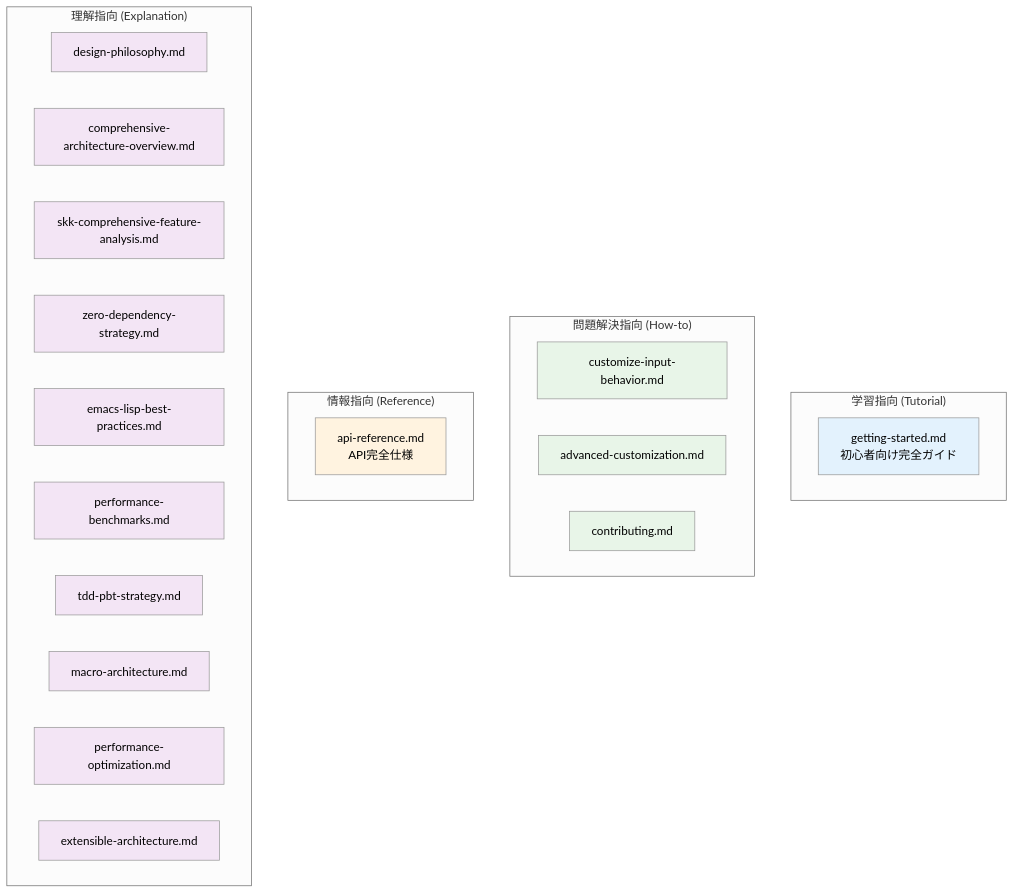
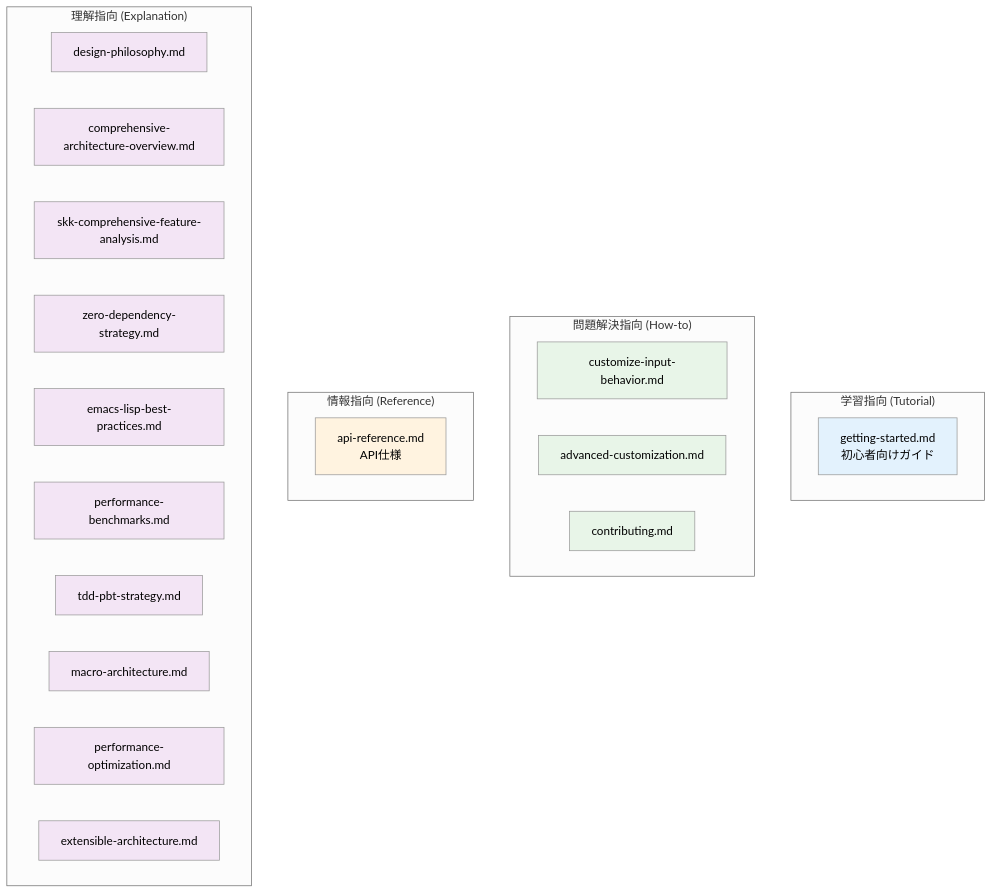
Before and after one commit to takeokunn/nskk.el: the second of 2 diagrams in docs/README.md, drawn with Mermaid (neutral theme). The commit also changed other lines of this file and 8 other files, not shown here.

````diff
--- a/docs/README.md
+++ b/docs/README.md
@@ -62,39 +62,39 @@
 ```mermaid
 graph TD
     subgraph "学習指向 (Tutorial)"
-        T1[getting-started.md<br/>初心者向け完全ガイド]
+        T1[getting-started.md<br/>初心者向けガイド]
     end
 
     subgraph "問題解決指向 (How-to)"
         H1[customize-input-behavior.md]
         H2[advanced-customization.md]
         H3[contributing.md]
     end
 
     subgraph "情報指向 (Reference)"
-        R1[api-reference.md<br/>API完全仕様]
+        R1[api-reference.md<br/>API仕様]
     end
 
     subgraph "理解指向 (Explanation)"
         E1[design-philosophy.md]
         E2[comprehensive-architecture-overview.md]
         E3[skk-comprehensive-feature-analysis.md]
         E4[zero-dependency-strategy.md]
         E5[emacs-lisp-best-practices.md]
         E6[performance-benchmarks.md]
         E7[tdd-pbt-strategy.md]
         E8[macro-architecture.md]
         E9[performance-optimization.md]
         E10[extensible-architecture.md]
     end
 
     classDef tutorial fill:#e3f2fd
     classDef howto fill:#e8f5e8
     classDef reference fill:#fff3e0
     classDef explanation fill:#f3e5f5
 
     class T1 tutorial
     class H1,H2,H3 howto
     class R1 reference
     class E1,E2,E3,E4,E5,E6,E7,E8,E9,E10 explanation
 ```
````
